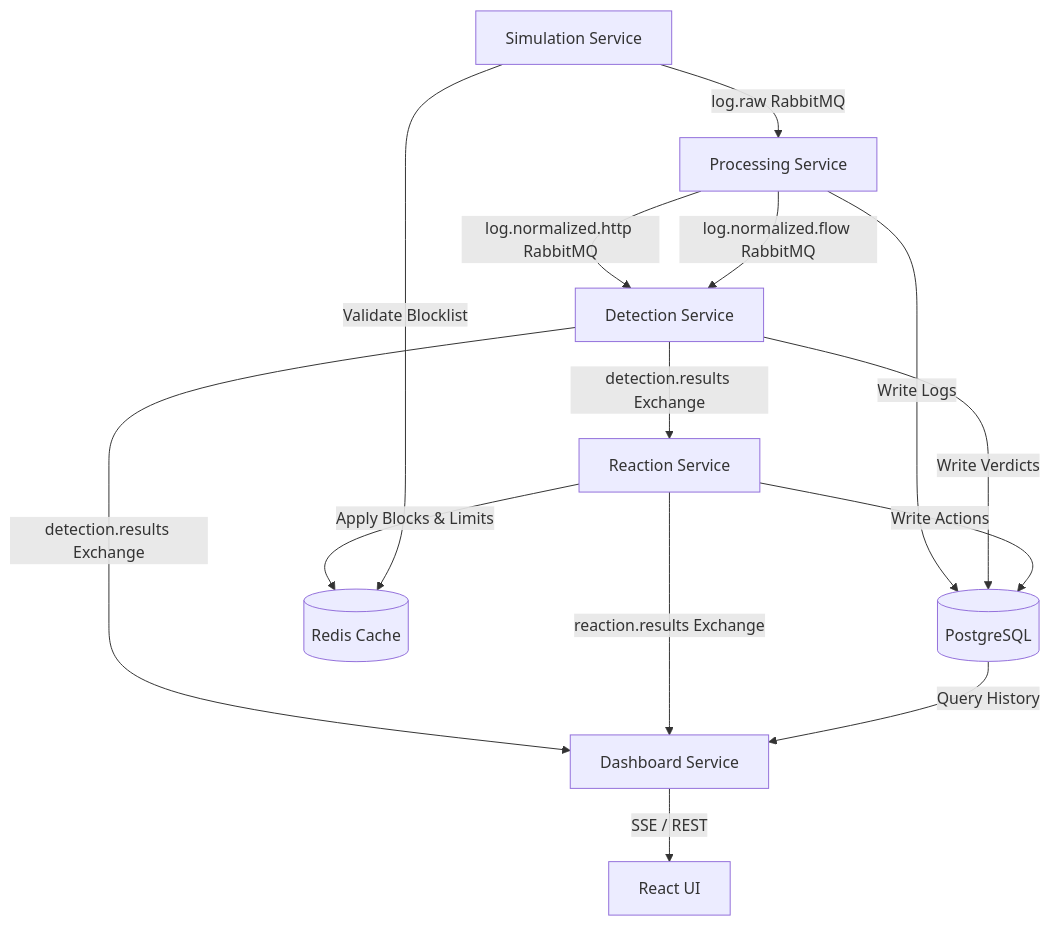
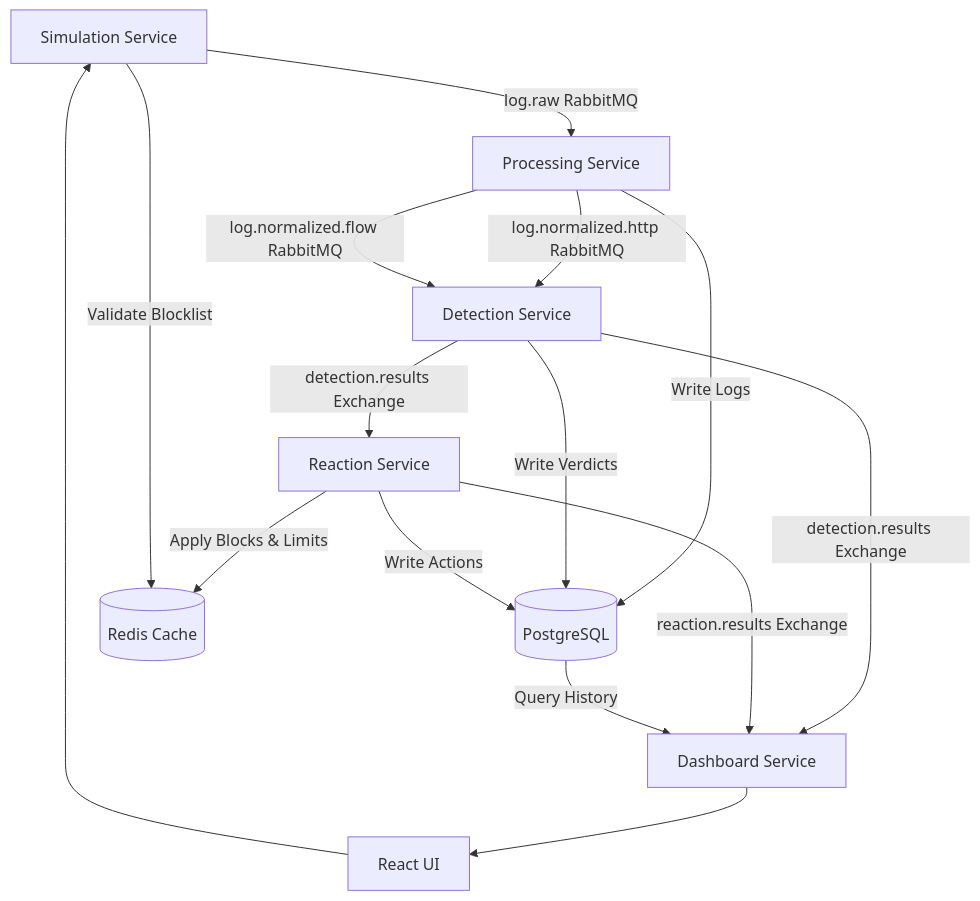
Before and after one commit to nvh12/log-analyzer: the diagram in docs/Architecture.md, drawn with Mermaid. The commit also changed 88 other files, not shown here.

````diff
--- a/docs/Architecture.md
+++ b/docs/Architecture.md
@@ -96,16 +96,17 @@
 ```mermaid
 graph TD
     Sim[Simulation Service] -->|log.raw RabbitMQ| Proc[Processing Service]
     Proc -->|log.normalized.http RabbitMQ| Det[Detection Service]
     Proc -->|log.normalized.flow RabbitMQ| Det
     Proc -->|Write Logs| DB[(PostgreSQL)]
     Det -->|detection.results Exchange| React[Reaction Service]
     Det -->|detection.results Exchange| Dash[Dashboard Service]
     Det -->|Write Verdicts| DB
     React -->|reaction.results Exchange| Dash
     React -->|Apply Blocks & Limits| Redis[(Redis Cache)]
     React -->|Write Actions| DB
     Sim -->|Validate Blocklist| Redis
-    Dash -->|SSE / REST| FE[React UI]
+    Dash --> FE[React UI]
+    FE --> Sim
     DB -->|Query History| Dash
 ```
````
